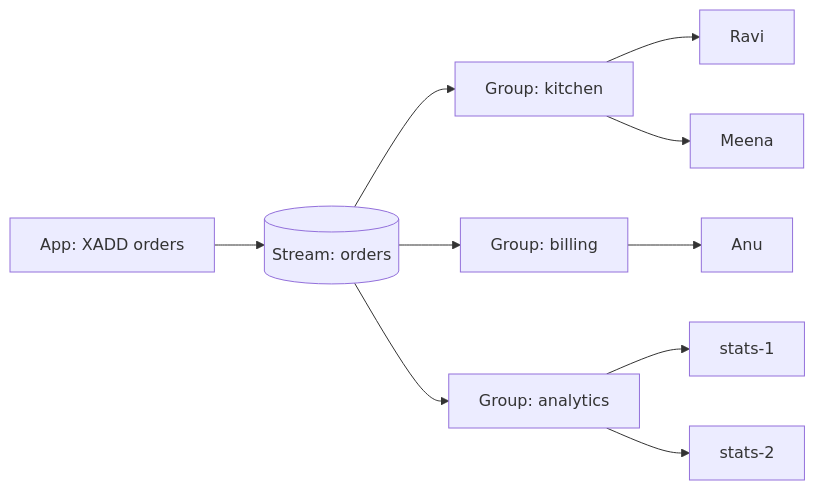
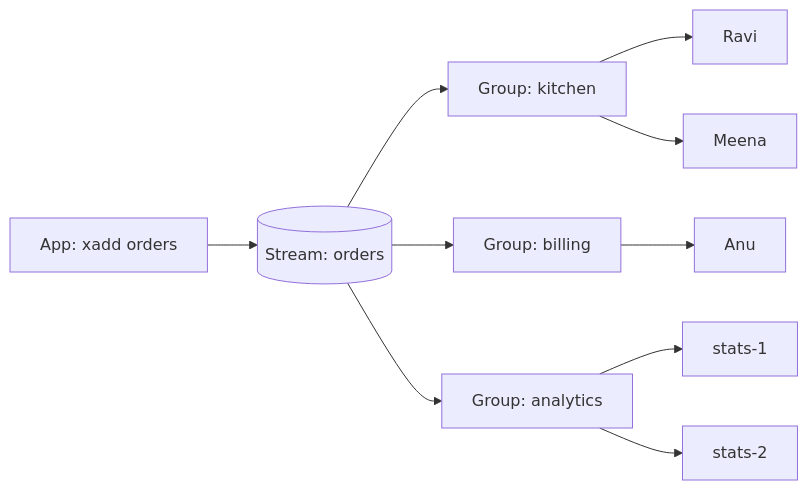
Before and after one commit to selvakumarperumal/Regulatory_Circular_Impact_Agent: diagram 22 of 31 in redis.md, drawn with Mermaid. The commit also changed other lines of this file, not shown here.

````diff
--- a/redis.md
+++ b/redis.md
@@ -2001,12 +2656,12 @@
 ```mermaid
 flowchart LR
-    APP["App: XADD orders"] --> S[("Stream: orders")]
+    APP["App: xadd orders"] --> S[("Stream: orders")]
     S --> G1["Group: kitchen"]
     S --> G2["Group: billing"]
     S --> G3["Group: analytics"]
     G1 --> K1["Ravi"]
     G1 --> K2["Meena"]
     G2 --> B1["Anu"]
     G3 --> A1["stats-1"]
     G3 --> A2["stats-2"]
 ```
````
